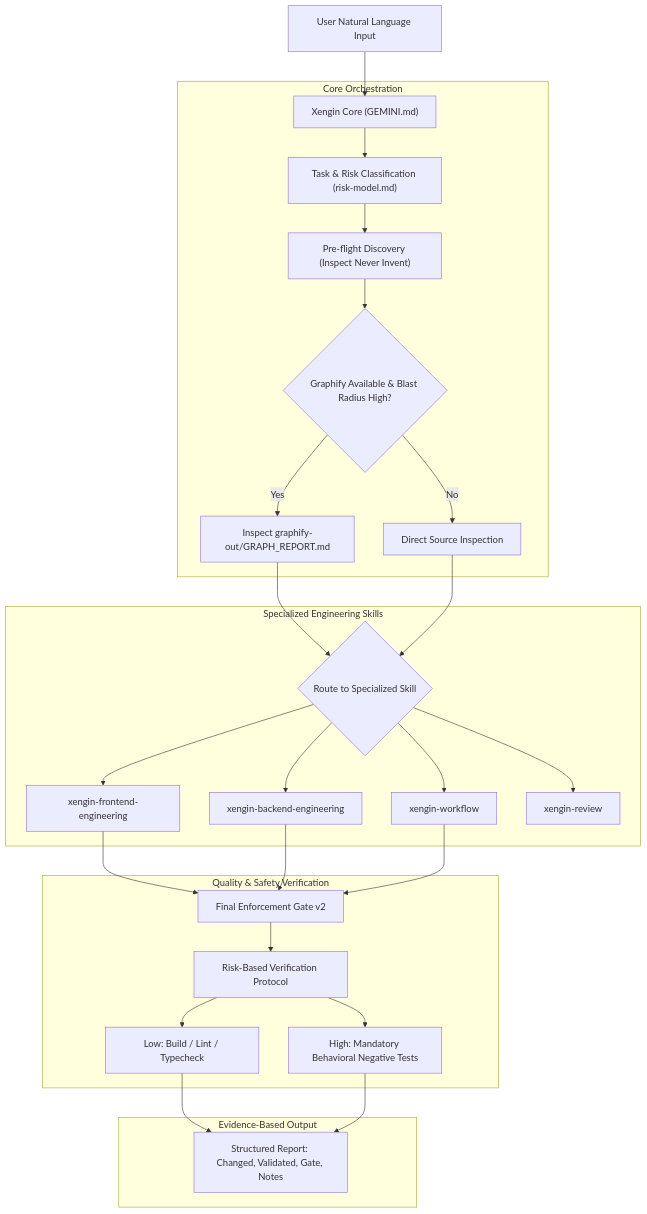
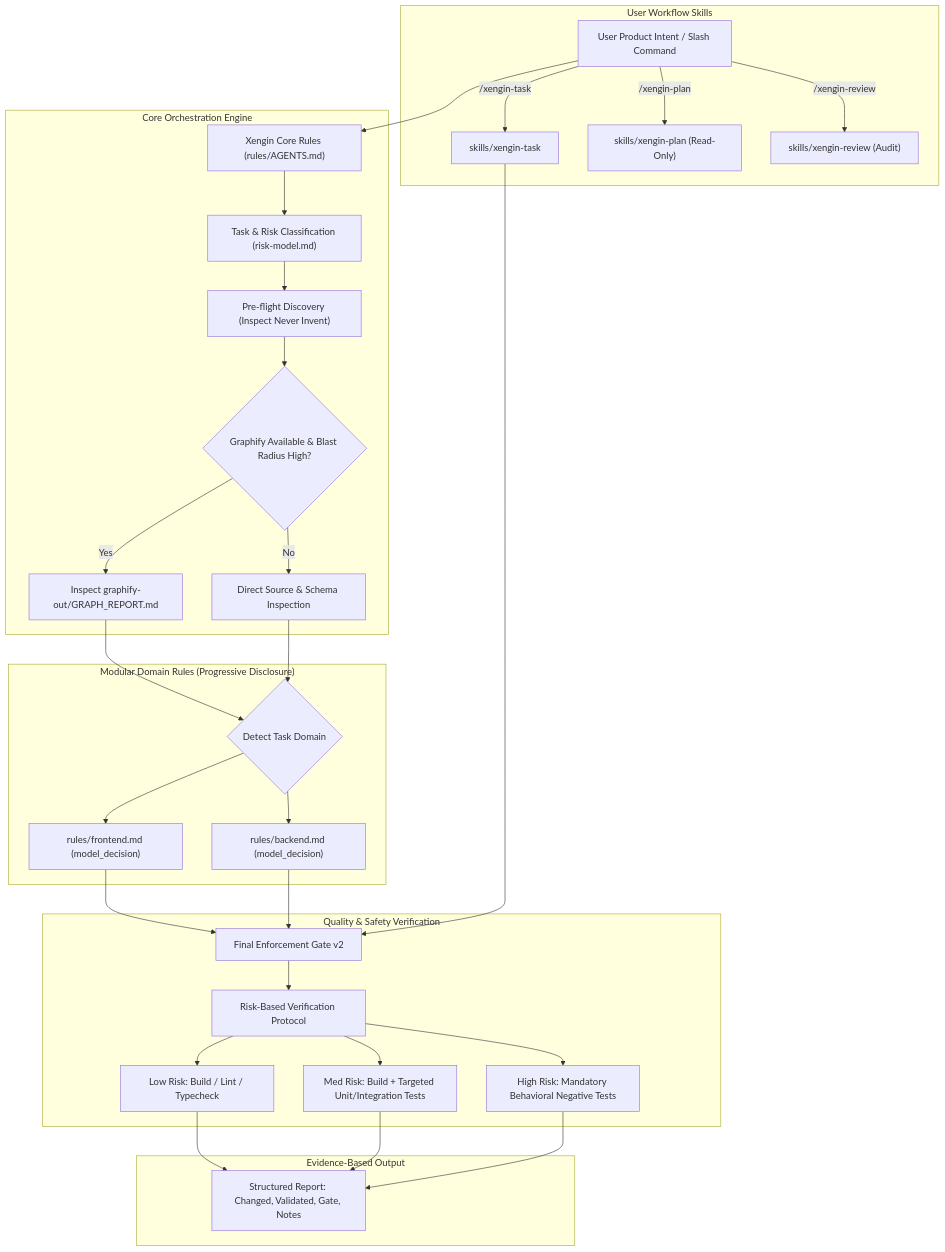
The diagram in docs/architecture.md (amirhswork1582-hub/xengin), drawn with Mermaid before and after one commit. The commit also changed other lines of this file and 52 other files, not shown here.

````diff
--- a/docs/architecture.md
+++ b/docs/architecture.md
@@ -9,35 +9,41 @@
 ```mermaid
 flowchart TD
-    User["User Natural Language Input"] --> Core["Xengin Core (GEMINI.md)"]
+    User["User Product Intent / Slash Command"] --> Core["Xengin Core Rules (rules/AGENTS.md)"]
     
-    subgraph CoreEngine["Core Orchestration"]
+    subgraph CoreEngine["Core Orchestration Engine"]
         Core --> Classify["Task & Risk Classification (risk-model.md)"]
         Classify --> PreFlight["Pre-flight Discovery (Inspect Never Invent)"]
         PreFlight --> GraphPolicy{"Graphify Available & Blast Radius High?"}
         GraphPolicy -->|Yes| ReadGraph["Inspect graphify-out/GRAPH_REPORT.md"]
-        GraphPolicy -->|No| SourceScan["Direct Source Inspection"]
+        GraphPolicy -->|No| SourceScan["Direct Source & Schema Inspection"]
     end
 
-    subgraph SkillsLayer["Specialized Engineering Skills"]
-        ReadGraph --> SkillsRouter{"Route to Specialized Skill"}
-        SourceScan --> SkillsRouter
-        SkillsRouter --> FESkill["xengin-frontend-engineering"]
-        SkillsRouter --> BESkill["xengin-backend-engineering"]
-        SkillsRouter --> WFSkill["xengin-workflow"]
-        SkillsRouter --> RevSkill["xengin-review"]
+    subgraph ModularRules["Modular Domain Rules (Progressive Disclosure)"]
+        ReadGraph --> RulesRouter{"Detect Task Domain"}
+        SourceScan --> RulesRouter
+        RulesRouter --> FERules["rules/frontend.md (model_decision)"]
+        RulesRouter --> BERules["rules/backend.md (model_decision)"]
+    end
+
+    subgraph SkillsWorkflow["User Workflow Skills"]
+        User -->|/xengin-task| TaskSkill["skills/xengin-task"]
+        User -->|/xengin-plan| PlanSkill["skills/xengin-plan (Read-Only)"]
+        User -->|/xengin-review| RevSkill["skills/xengin-review (Audit)"]
     end
 
     subgraph Enforcement["Quality & Safety Verification"]
-        FESkill --> Gate["Final Enforcement Gate v2"]
-        BESkill --> Gate
-        WFSkill --> Gate
+        FERules --> Gate["Final Enforcement Gate v2"]
+        BERules --> Gate
+        TaskSkill --> Gate
         Gate --> RiskVerif["Risk-Based Verification Protocol"]
-        RiskVerif --> LowCheck["Low: Build / Lint / Typecheck"]
-        RiskVerif --> HighCheck["High: Mandatory Behavioral Negative Tests"]
+        RiskVerif --> LowCheck["Low Risk: Build / Lint / Typecheck"]
+        RiskVerif --> MedCheck["Med Risk: Build + Targeted Unit/Integration Tests"]
+        RiskVerif --> HighCheck["High Risk: Mandatory Behavioral Negative Tests"]
     end
 
     subgraph Delivery["Evidence-Based Output"]
         LowCheck --> Report["Structured Report: Changed, Validated, Gate, Notes"]
+        MedCheck --> Report
         HighCheck --> Report
     end
 ```
````
